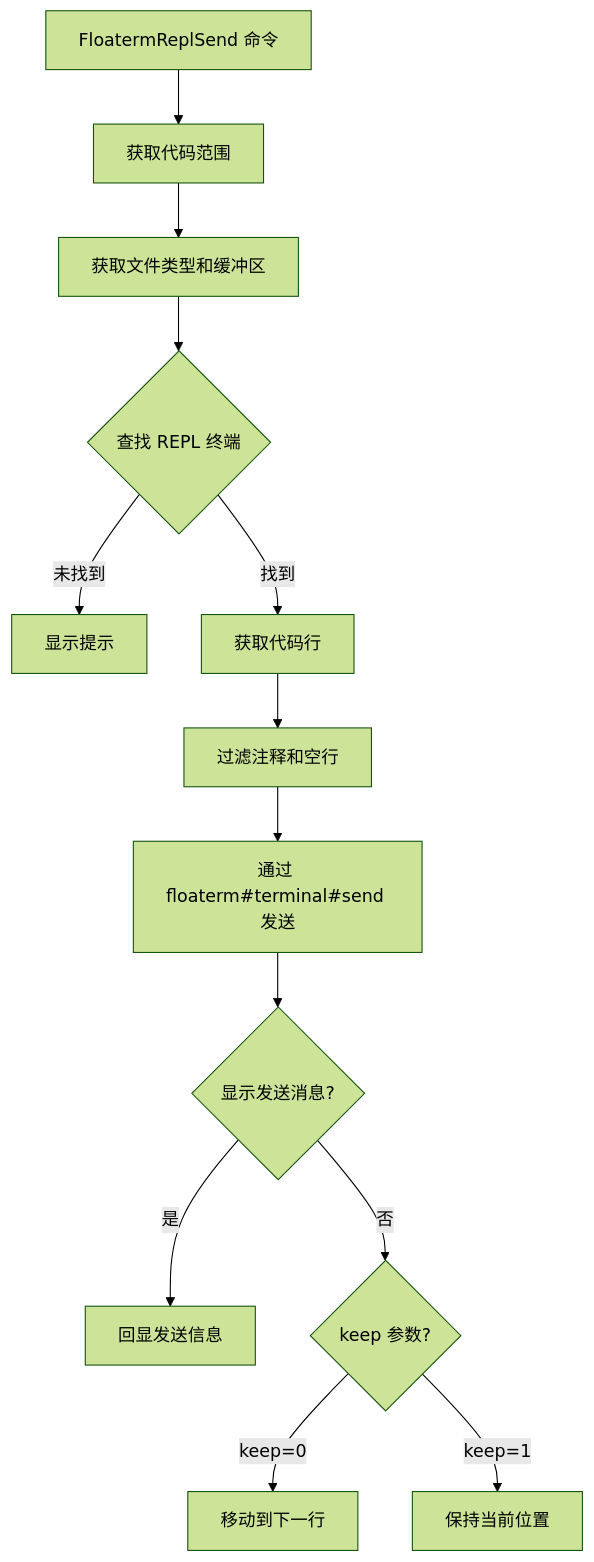
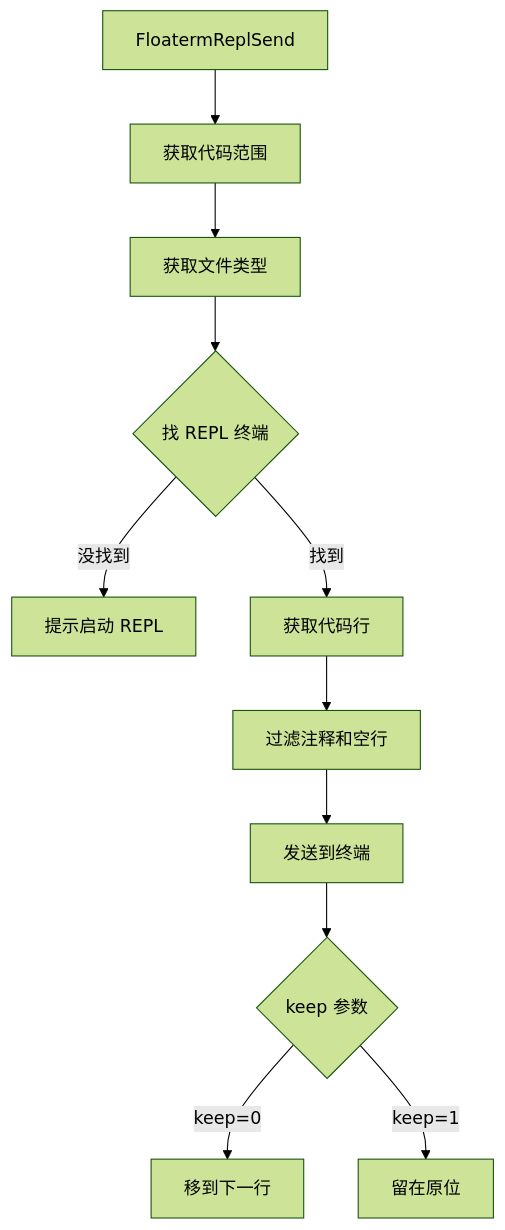
One commit to leoatchina/vim-floaterm-enhance changed the fourth of 5 diagrams in README_cn.md. Above: the diagram before and after it, drawn with Mermaid (forest theme). The commit also changed other lines of this file and 1 other file, not shown here.

````diff
--- a/README_cn.md
+++ b/README_cn.md
@@ -100,16 +149,13 @@
 ```mermaid
 graph TB
-    Send[FloatermReplSend 命令] --> GetRange[获取代码范围]
-    GetRange --> GetFT[获取文件类型和缓冲区]
-    GetFT --> FindTerm{查找 REPL 终端}
-    FindTerm -->|未找到| Prompt[显示提示]
+    Send[FloatermReplSend] --> GetRange[获取代码范围]
+    GetRange --> GetFT[获取文件类型]
+    GetFT --> FindTerm{找 REPL 终端}
+    FindTerm -->|没找到| Prompt[提示启动 REPL]
     FindTerm -->|找到| GetLines[获取代码行]
     GetLines --> Filter[过滤注释和空行]
-    Filter --> SendData[通过 floaterm#terminal#send 发送]
-    SendData --> ShowMsg{显示发送消息?}
-    ShowMsg -->|是| Msg[回显发送信息]
-    ShowMsg -->|否| KeepCheck
-    KeepCheck{keep 参数?}
-    KeepCheck -->|keep=0| MoveNext[移动到下一行]
-    KeepCheck -->|keep=1| Stay[保持当前位置]
+    Filter --> SendData[发送到终端]
+    SendData --> KeepCheck{keep 参数}
+    KeepCheck -->|keep=0| MoveNext[移到下一行]
+    KeepCheck -->|keep=1| Stay[留在原位]
 ```
````
